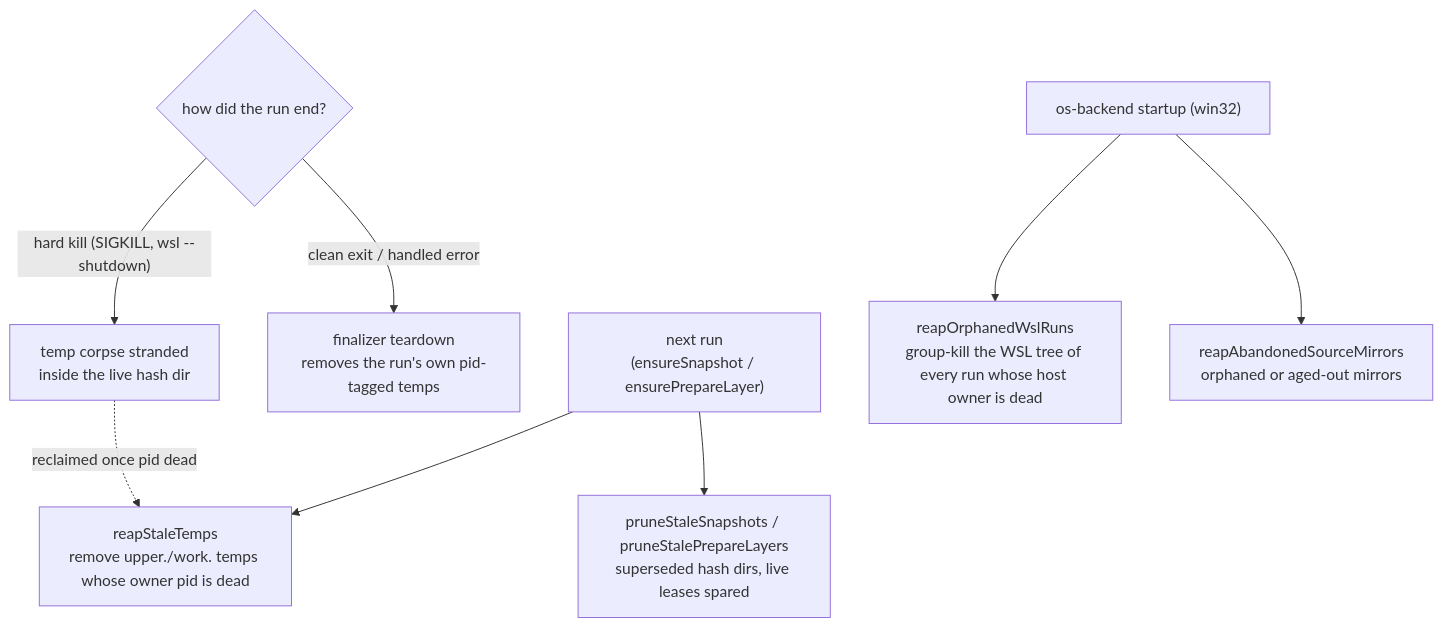
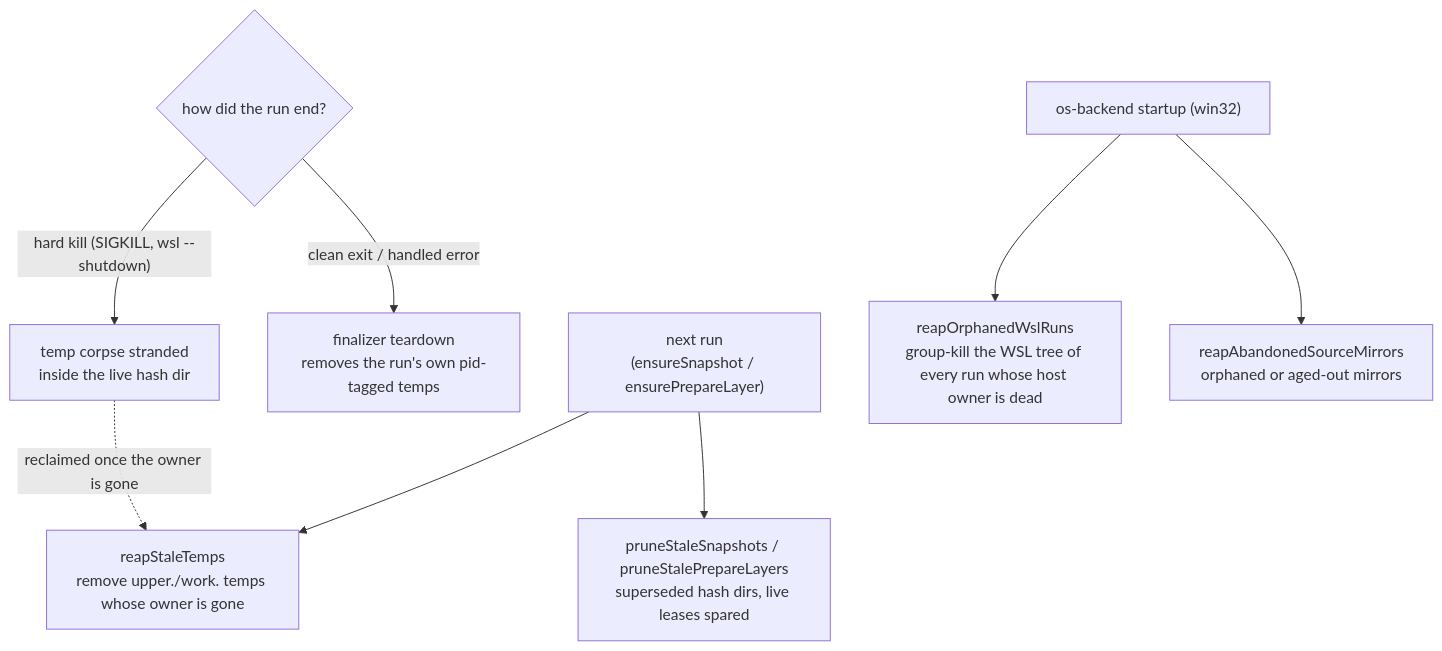
One commit to Esposter/Esposter changed the diagram in apps/web/content/docs/virrun/cache.md. Above: the diagram before and after it, drawn with Mermaid. The commit also changed other lines of this file and 17 other files, not shown here.

First line of the commit message:
fix(virrun): an entry's owner is a live pid that started before the entry

````diff
--- a/apps/web/content/docs/virrun/cache.md
+++ b/apps/web/content/docs/virrun/cache.md
@@ -45,13 +45,13 @@
 ```mermaid
 flowchart TB
     exit{"how did the run end?"}
     exit -->|"clean exit / handled error"| fin["finalizer teardown<br/>removes the run's own pid-tagged temps"]
     exit -->|"hard kill (SIGKILL, wsl --shutdown)"| corpse["temp corpse stranded<br/>inside the live hash dir"]
 
     next["next run<br/>(ensureSnapshot / ensurePrepareLayer)"] --> prune["pruneStaleSnapshots / pruneStalePrepareLayers<br/>superseded hash dirs, live leases spared"]
-    next --> reap["reapStaleTemps<br/>remove upper./work. temps whose owner pid is dead"]
-    corpse -.->|"reclaimed once pid dead"| reap
+    next --> reap["reapStaleTemps<br/>remove upper./work. temps whose owner is gone"]
+    corpse -.->|"reclaimed once the owner is gone"| reap
 
     startup["os-backend startup (win32)"] --> mirrors["reapAbandonedSourceMirrors<br/>orphaned or aged-out mirrors"]
     startup --> orphans["reapOrphanedWslRuns<br/>group-kill the WSL tree of every run whose host owner is dead"]
 ```
````
